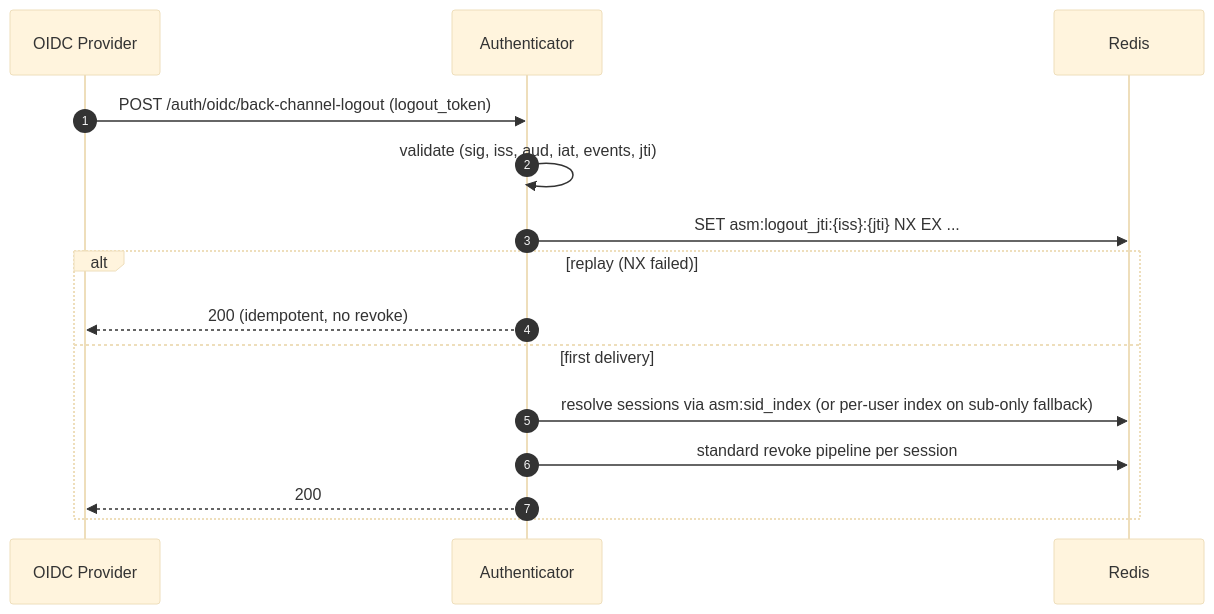
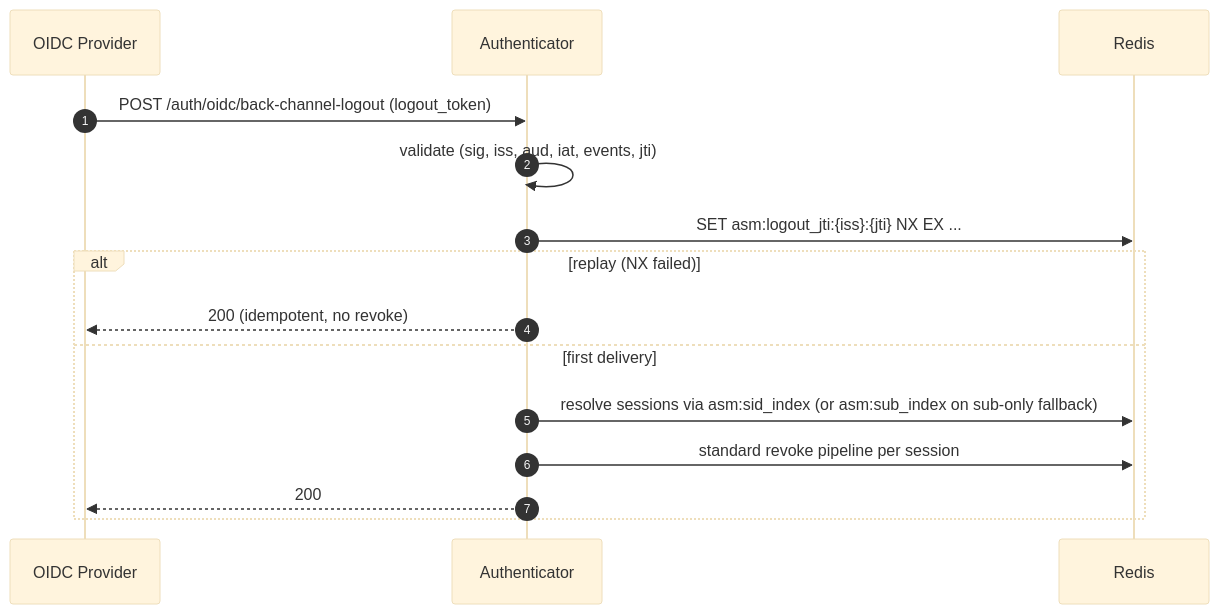
The seventh of 9 diagrams in docs/components/backend/authenticator/DESIGN.md (constructorfabric/insight), drawn with Mermaid (base theme) before and after one commit. The commit also changed other lines of this file and 2 other files, not shown here.

````diff
--- a/docs/components/backend/authenticator/DESIGN.md
+++ b/docs/components/backend/authenticator/DESIGN.md
@@ -653,18 +653,18 @@
 ```mermaid
 sequenceDiagram
     autonumber
     participant I as OIDC Provider
     participant B as Authenticator
     participant R as Redis
 
     I->>B: POST /auth/oidc/back-channel-logout (logout_token)
     B->>B: validate (sig, iss, aud, iat, events, jti)
     B->>R: SET asm:logout_jti:{iss}:{jti} NX EX ...
     alt replay (NX failed)
         B-->>I: 200 (idempotent, no revoke)
     else first delivery
-        B->>R: resolve sessions via asm:sid_index (or per-user index on sub-only fallback)
+        B->>R: resolve sessions via asm:sid_index (or asm:sub_index on sub-only fallback)
         B->>R: standard revoke pipeline per session
         B-->>I: 200
     end
 ```
````
